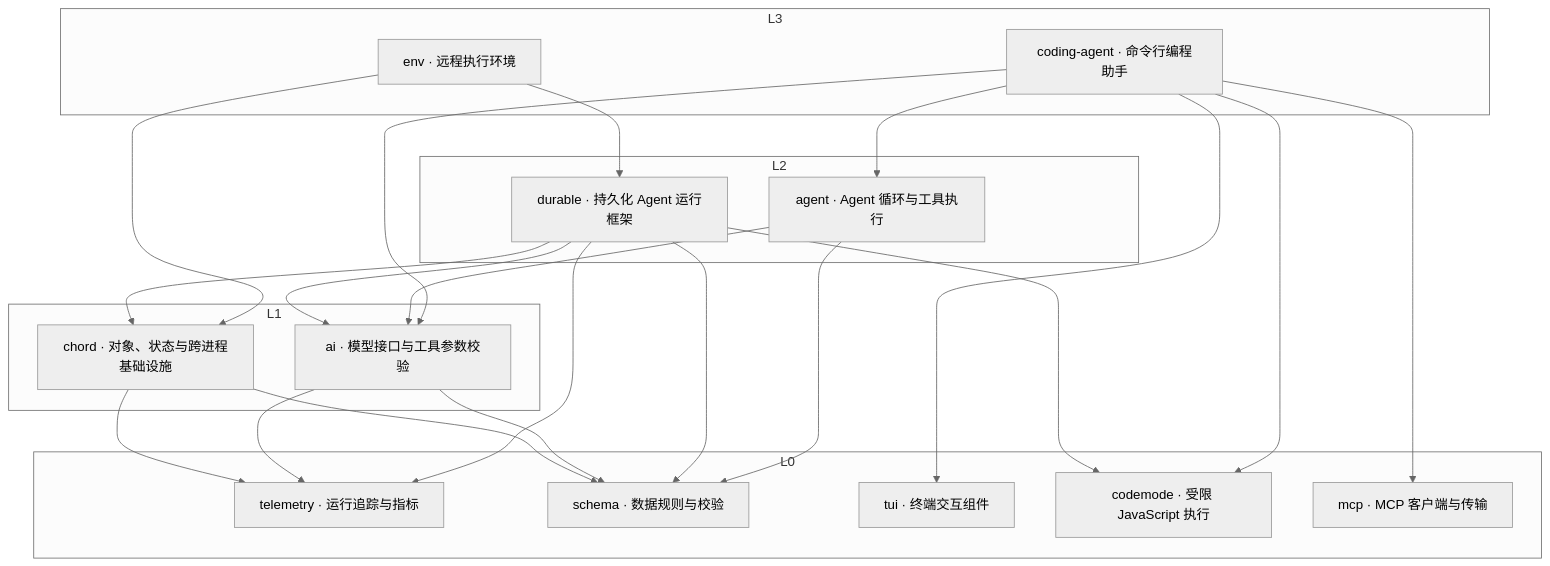
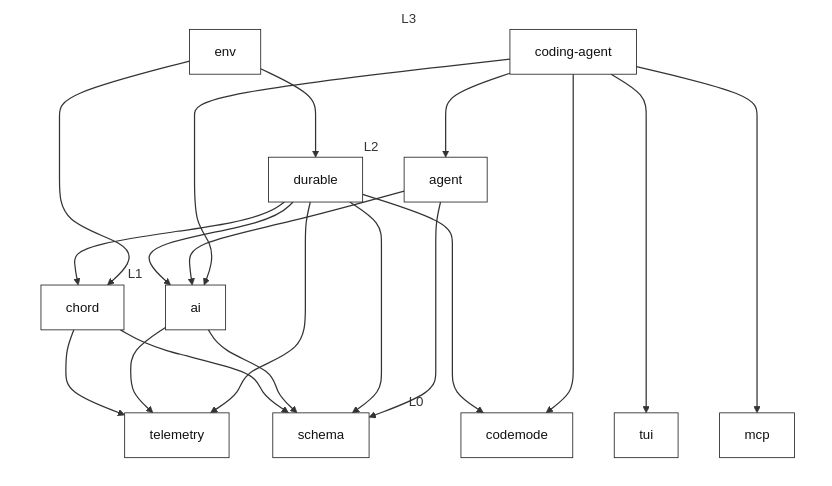
Before and after one commit to yun12345R/my-docs: the diagram in practice/02pi-agent/diagrams/module-dependencies.mmd, drawn with Mermaid (neutral theme). The commit also changed 2 other files, not shown here.

Commit message:
docs: simplify Pi Agent dependency diagram

```diff
--- a/practice/02pi-agent/diagrams/module-dependencies.mmd
+++ b/practice/02pi-agent/diagrams/module-dependencies.mmd
@@ -1,38 +1,45 @@
 flowchart TB
   subgraph L3["L3"]
-    env["env · 远程执行环境"]
-    coding_agent["coding-agent · 命令行编程助手"]
+    env["env"]
+    coding_agent["coding-agent"]
   end
   subgraph L2["L2"]
-    durable["durable · 持久化 Agent 运行框架"]
-    agent["agent · Agent 循环与工具执行"]
+    durable["durable"]
+    agent["agent"]
   end
   subgraph L1["L1"]
-    chord["chord · 对象、状态与跨进程基础设施"]
-    ai["ai · 模型接口与工具参数校验"]
+    chord["chord"]
+    ai["ai"]
   end
   subgraph L0["L0"]
-    telemetry["telemetry · 运行追踪与指标"]
-    schema["schema · 数据规则与校验"]
-    tui["tui · 终端交互组件"]
-    codemode["codemode · 受限 JavaScript 执行"]
-    mcp["mcp · MCP 客户端与传输"]
+    telemetry["telemetry"]
+    schema["schema"]
+    codemode["codemode"]
+    tui["tui"]
+    mcp["mcp"]
   end
   chord --> schema
   chord --> telemetry
   ai --> schema
   ai --> telemetry
   durable --> chord
   durable --> ai
   durable --> codemode
   durable --> schema
   durable --> telemetry
   env --> chord
   env --> durable
   agent --> ai
   agent --> schema
   coding_agent --> agent
   coding_agent --> ai
   coding_agent --> codemode
   coding_agent --> mcp
   coding_agent --> tui
+  classDef module fill:#ffffff,stroke:#222222,color:#111111;
+  class env,coding_agent,durable,agent,chord,ai,telemetry,schema,codemode,tui,mcp module;
+  style L3 fill:none,stroke:none
+  style L2 fill:none,stroke:none
+  style L1 fill:none,stroke:none
+  style L0 fill:none,stroke:none
+  linkStyle default stroke:#333333,stroke-width:1.5px;
```
